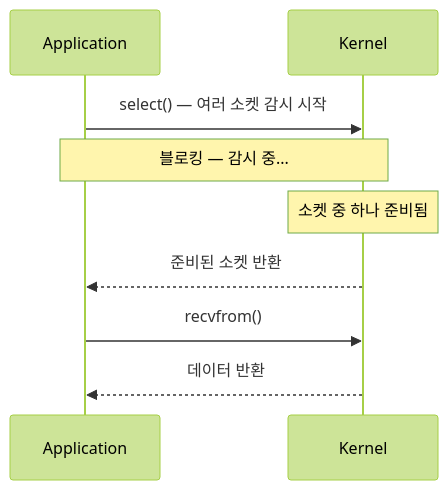
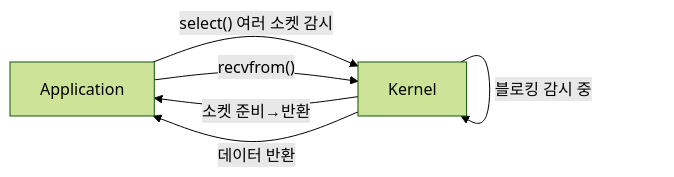
One commit to yjkim2015/yjkim2015.github.io changed the seventh of 9 diagrams in _posts/server/2026-05-01-sync-async-block-nonblock.md. Above: the diagram before and after it, drawn with Mermaid (forest theme). The commit also changed other lines of this file and 32 other files, not shown here.

First line of the commit message:
sequenceDiagram 82개 → graph LR 변환 완료

````diff
--- a/_posts/server/2026-05-01-sync-async-block-nonblock.md
+++ b/_posts/server/2026-05-01-sync-async-block-nonblock.md
@@ -305,11 +296,8 @@
 ```mermaid
-sequenceDiagram
-    participant App as Application
-    participant K as Kernel
-    App->>K: select() — 여러 소켓 감시 시작
-    Note over App,K: 블로킹 — 감시 중...
-    Note over K: 소켓 중 하나 준비됨
-    K-->>App: 준비된 소켓 반환
-    App->>K: recvfrom()
-    K-->>App: 데이터 반환
+graph LR
+    App["Application"] -->|"select() 여러 소켓 감시"| K["Kernel"]
+    K -->|"블로킹 감시 중"| K
+    K -->|"소켓 준비→반환"| App
+    App -->|"recvfrom()"| K
+    K -->|"데이터 반환"| App
 ```
````
